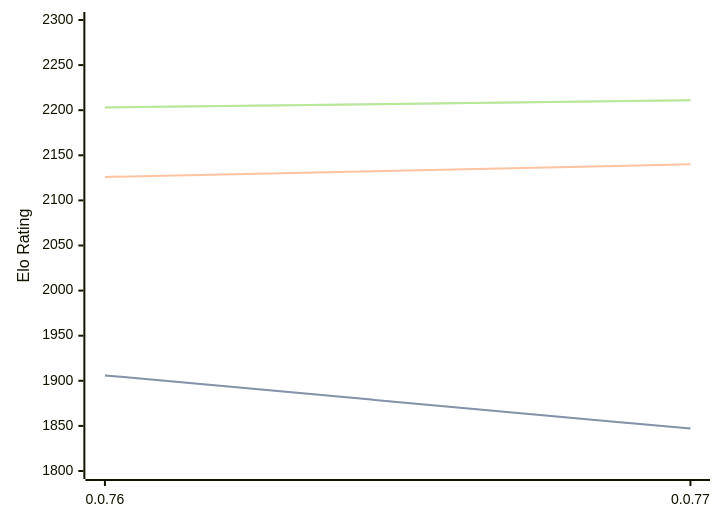
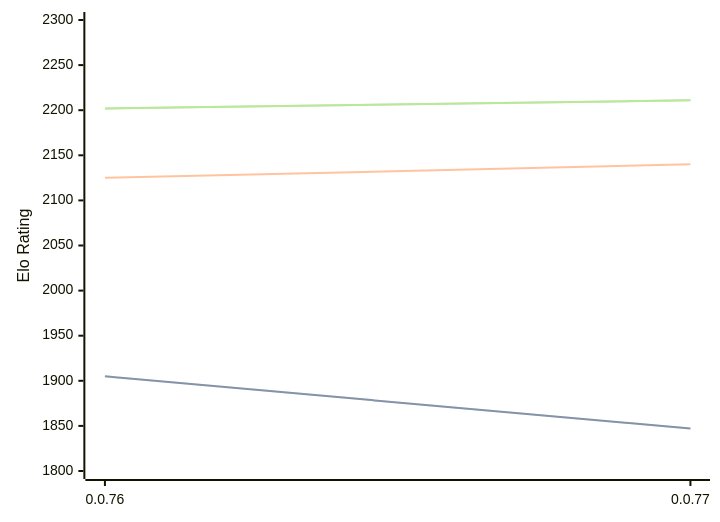
One commit to computer-chess-index/cci changed the first of 3 diagrams in engines/Fktb.md. Above: the diagram before and after it, drawn with Mermaid. The commit also changed other lines of this file, not shown here.

Commit message:
Update CCI Ratings (ELO VLTC) - 2026-06-27

````diff
--- a/engines/Fktb.md
+++ b/engines/Fktb.md
@@ -32,11 +32,11 @@
 ```mermaid
 %%{init: {"theme":"base","themeVariables":{"seriesColors:['#a3a3a3','#222221','#faa371']}}}%%
 xychart-beta
   x-axis ["0.0.76", "0.0.77"]
   y-axis "Elo Rating" 1800 --> 2300
-  line "STC (8.0+0.08s)" [1906, 1847]
-  line "STC (8.0+0.08s)" [1906, 1847]
-  line "LTC (60.0+0.60s)" [2126, 2140]
-  line "VLTC (2m24s+1.12s)" [2203, 2211]
-  line "VLTC (2m24s+1.12s)" [2203, 2211]
+  line "STC (8.0+0.08s)" [1905, 1847]
+  line "STC (8.0+0.08s)" [1905, 1847]
+  line "LTC (60.0+0.60s)" [2125, 2140]
+  line "VLTC (2m24s+1.12s)" [2202, 2211]
+  line "VLTC (2m24s+1.12s)" [2202, 2211]
 ```
````
